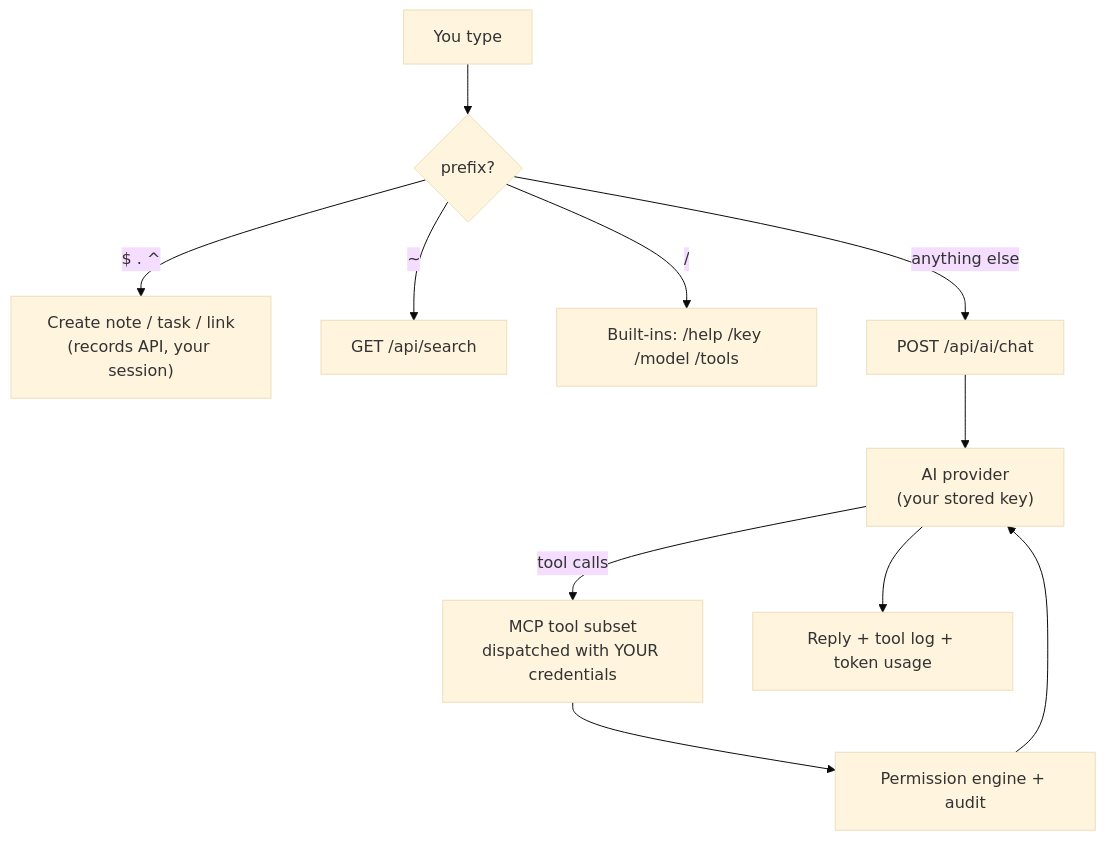
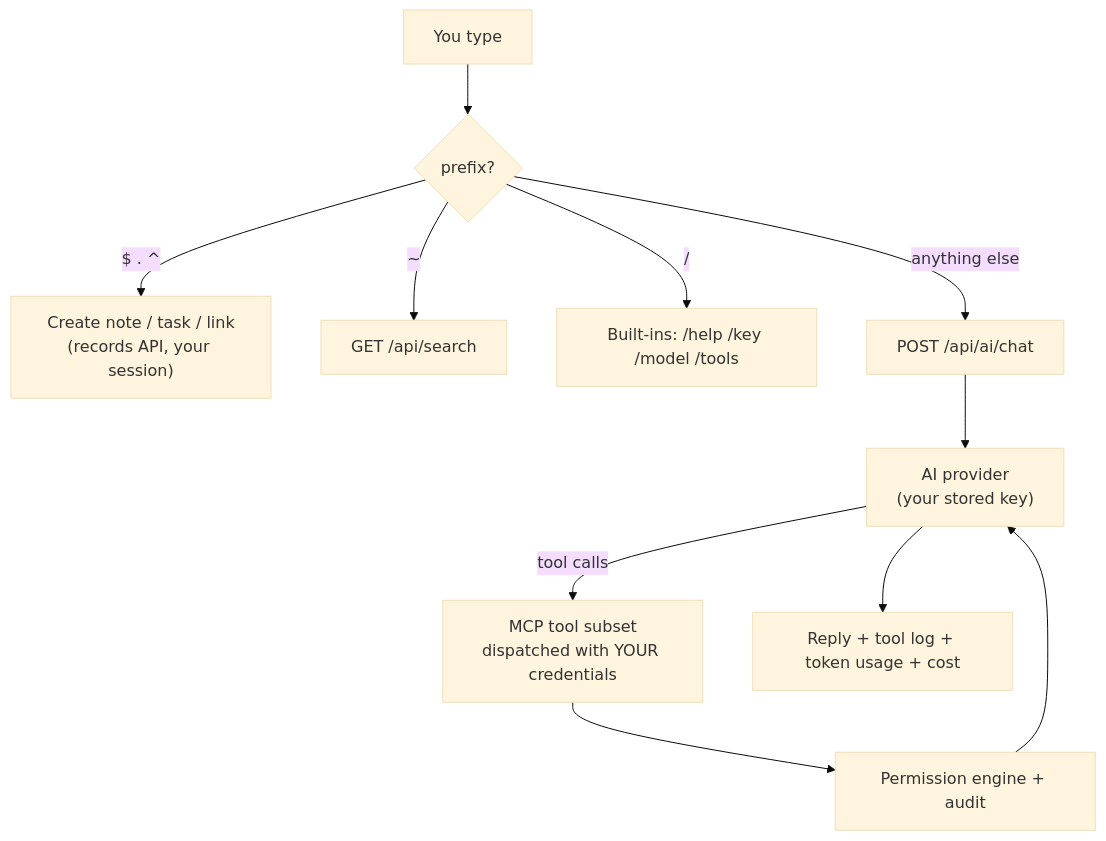
One commit to askrobots/dbbasic-object-server changed the diagram in docs/shell-and-ai.md. Above: the diagram before and after it, drawn with Mermaid (base theme). The commit also changed other lines of this file and 25 other files, not shown here.

````diff
--- a/docs/shell-and-ai.md
+++ b/docs/shell-and-ai.md
@@ -8,13 +8,13 @@
 ```mermaid
 flowchart TD
     U["You type"] --> D{"prefix?"}
     D -->|"$ . ^"| REC["Create note / task / link<br/>(records API, your session)"]
     D -->|"~"| SRCH["GET /api/search"]
     D -->|"/"| CMD["Built-ins: /help /key /model /tools"]
     D -->|"anything else"| CHAT["POST /api/ai/chat"]
     CHAT --> PROV["AI provider<br/>(your stored key)"]
     PROV -->|"tool calls"| MCP["MCP tool subset<br/>dispatched with YOUR credentials"]
     MCP --> PERM["Permission engine + audit"]
     PERM --> PROV
-    PROV --> REPLY["Reply + tool log + token usage"]
+    PROV --> REPLY["Reply + tool log + token usage + cost"]
 ```
````
